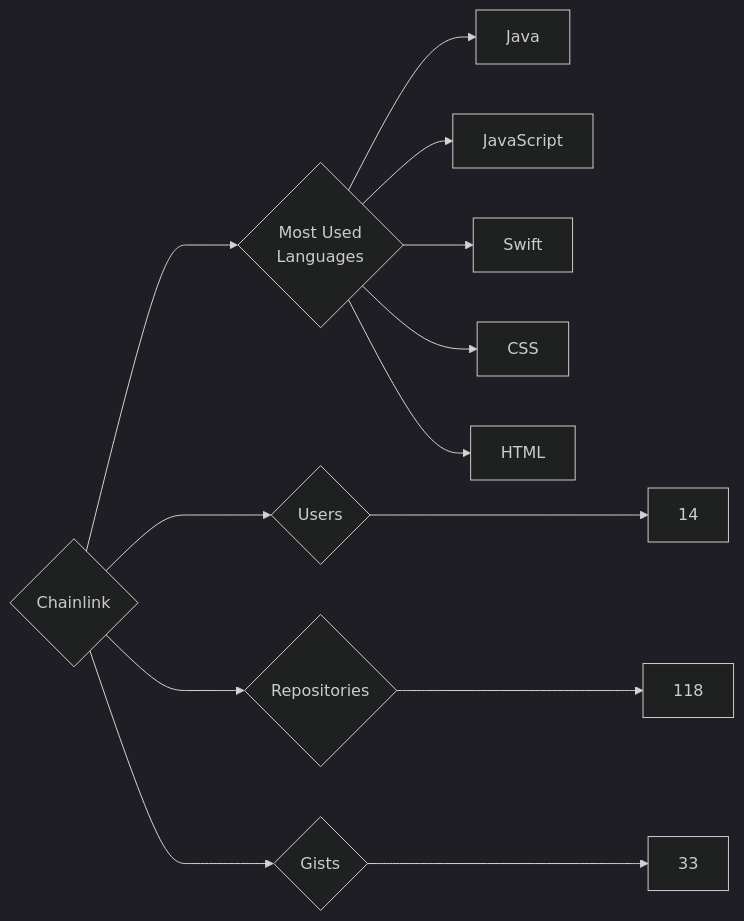
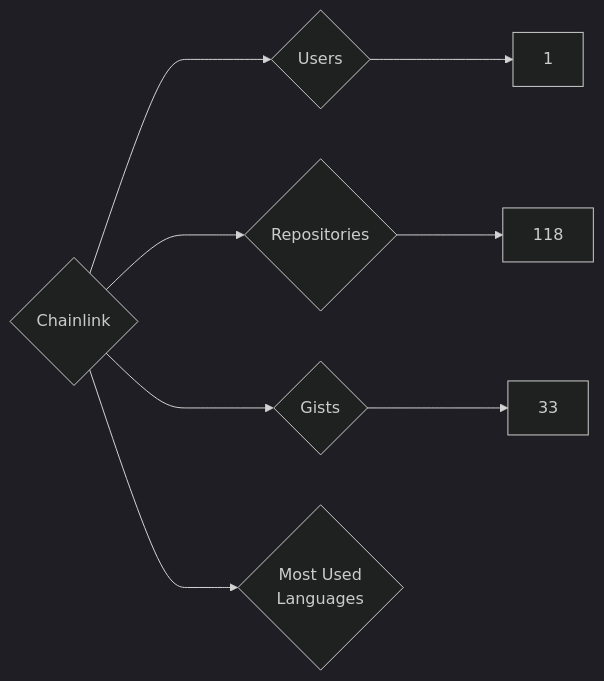
The diagram in targets/Chainlink/README.md (trickest/insiders), drawn with Mermaid (dark theme) before and after one commit. The commit also changed 723 other files, not shown here.

````diff
--- a/targets/Chainlink/README.md
+++ b/targets/Chainlink/README.md
@@ -3,13 +3,8 @@
 ```mermaid
 graph LR
 COMPANY_NAME{Chainlink}
-COMPANY_NAME ---> U{Users} ---> UN[14]
+COMPANY_NAME ---> U{Users} ---> UN[1]
 COMPANY_NAME ---> R{Repositories} ---> RN[118]
 COMPANY_NAME ---> G{Gists} ---> GN[33]
 COMPANY_NAME ---> ML{Most Used<br>Languages}
-ML --> Java[Java]
-ML --> JavaScript[JavaScript]
-ML --> Swift[Swift]
-ML --> CSS[CSS]
-ML --> HTML[HTML]
 ```
````
